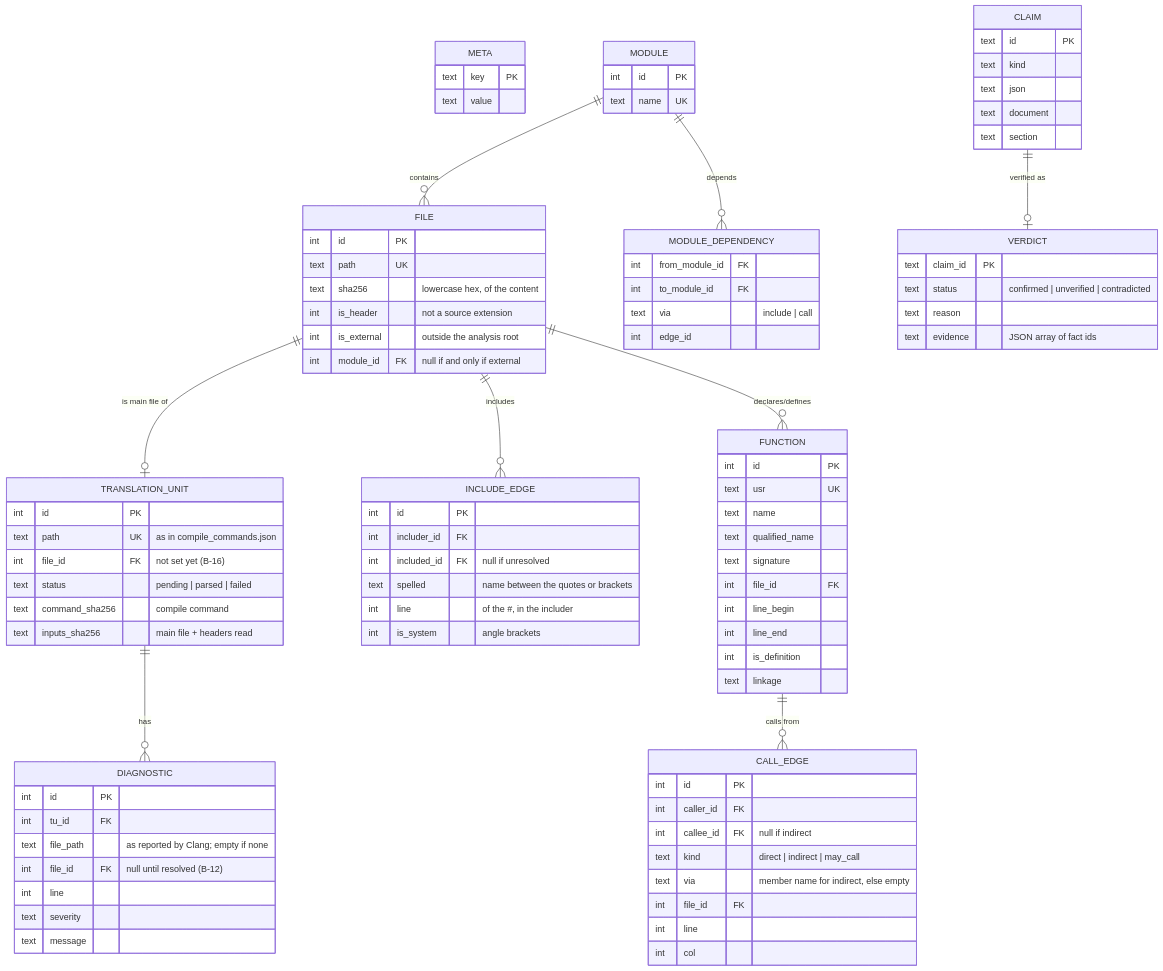
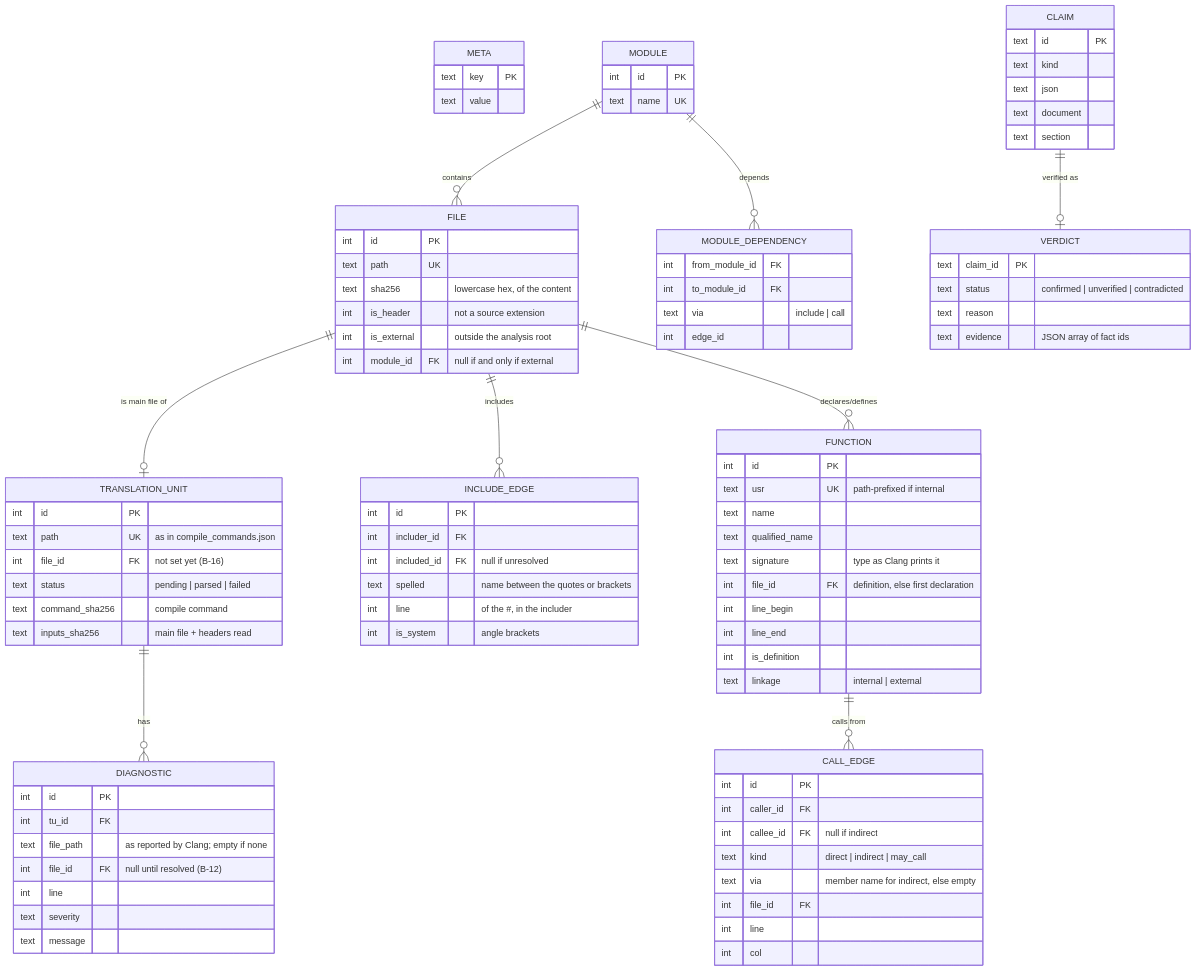
The diagram in docs/architecture/data-model.md (Tomek52/legacy-cartographer), drawn with Mermaid before and after one commit. The commit also changed other lines of this file and 14 other files, not shown here.

```diff
--- a/docs/architecture/data-model.md
+++ b/docs/architecture/data-model.md
@@ -51,15 +52,15 @@
     }
     FUNCTION {
         int id PK
-        text usr UK
+        text usr UK "path-prefixed if internal"
         text name
         text qualified_name
-        text signature
-        int file_id FK
+        text signature "type as Clang prints it"
+        int file_id FK "definition, else first declaration"
         int line_begin
         int line_end
         int is_definition
-        text linkage
+        text linkage "internal | external"
     }
     CALL_EDGE {
         int id PK
```
